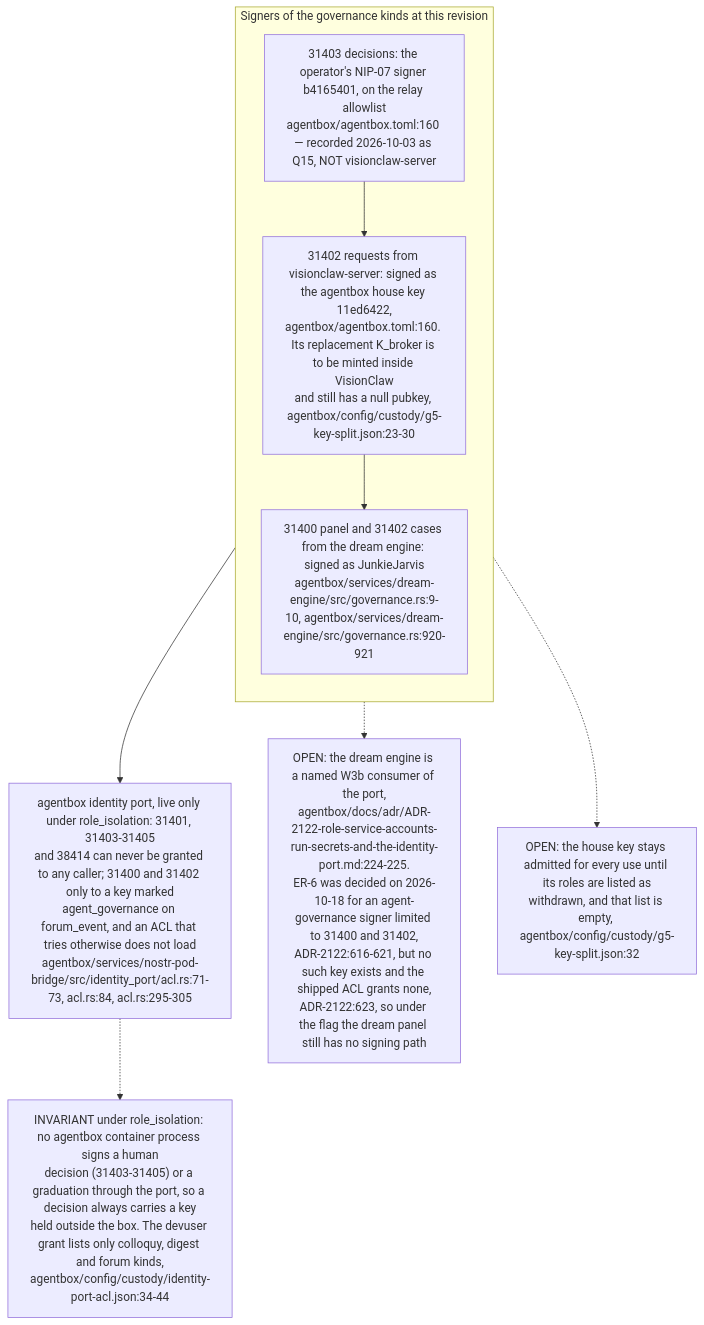
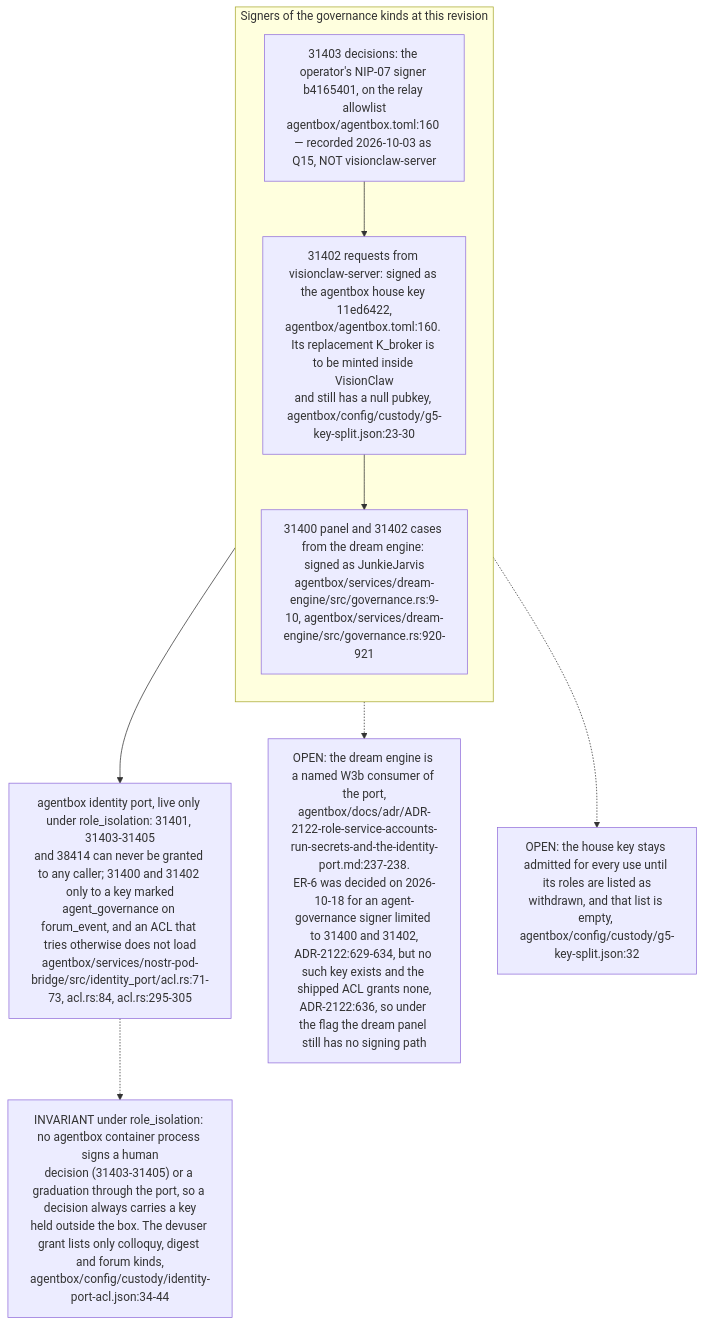
Diagram 11 of 12 in docs/diagrams/estate/05-governance-loop-across-estate.md (DreamLab-AI/VisionFlow), drawn with Mermaid before and after one commit. The commit also changed other lines of this file and 145 other files, not shown here.

````diff
--- a/docs/diagrams/estate/05-governance-loop-across-estate.md
+++ b/docs/diagrams/estate/05-governance-loop-across-estate.md
@@ -364,15 +364,15 @@
 ```mermaid
 flowchart TB
     subgraph SIGNERS["Signers of the governance kinds at this revision"]
         direction TB
         DEC["31403 decisions: the operator's NIP-07 signer b4165401, on the relay allowlist<br/>agentbox/agentbox.toml:160 — recorded 2026-10-03 as Q15, NOT visionclaw-server"]
         VCS["31402 requests from visionclaw-server: signed as the agentbox house key 11ed6422,<br/>agentbox/agentbox.toml:160. Its replacement K_broker is to be minted inside VisionClaw<br/>and still has a null pubkey, agentbox/config/custody/g5-key-split.json:23-30"]
         JJ["31400 panel and 31402 cases from the dream engine: signed as JunkieJarvis<br/>agentbox/services/dream-engine/src/governance.rs:9-10, agentbox/services/dream-engine/src/governance.rs:920-921"]
         DEC --> VCS --> JJ
     end
     PORT["agentbox identity port, live only under role_isolation: 31401, 31403-31405<br/>and 38414 can never be granted to any caller; 31400 and 31402 only to a key marked<br/>agent_governance on forum_event, and an ACL that tries otherwise does not load<br/>agentbox/services/nostr-pod-bridge/src/identity_port/acl.rs:71-73, acl.rs:84, acl.rs:295-305"]
     SIGNERS --> PORT
     PORT -.-> INV["INVARIANT under role_isolation: no agentbox container process signs a human<br/>decision (31403-31405) or a graduation through the port, so a decision always carries a key<br/>held outside the box. The devuser grant lists only colloquy, digest and forum kinds,<br/>agentbox/config/custody/identity-port-acl.json:34-44"]
-    JJ -.-> TEN["OPEN: the dream engine is a named W3b consumer of the port,<br/>agentbox/docs/adr/ADR-2122-role-service-accounts-run-secrets-and-the-identity-port.md:224-225.<br/>ER-6 was decided on 2026-10-18 for an agent-governance signer limited to 31400 and 31402,<br/>ADR-2122:616-621, but no such key exists and the shipped ACL grants none,<br/>ADR-2122:623, so under the flag the dream panel still has no signing path"]
+    JJ -.-> TEN["OPEN: the dream engine is a named W3b consumer of the port,<br/>agentbox/docs/adr/ADR-2122-role-service-accounts-run-secrets-and-the-identity-port.md:237-238.<br/>ER-6 was decided on 2026-10-18 for an agent-governance signer limited to 31400 and 31402,<br/>ADR-2122:629-634, but no such key exists and the shipped ACL grants none,<br/>ADR-2122:636, so under the flag the dream panel still has no signing path"]
     VCS -.-> OPN["OPEN: the house key stays admitted for every use until its roles are listed as<br/>withdrawn, and that list is empty, agentbox/config/custody/g5-key-split.json:32"]
 ```
````
